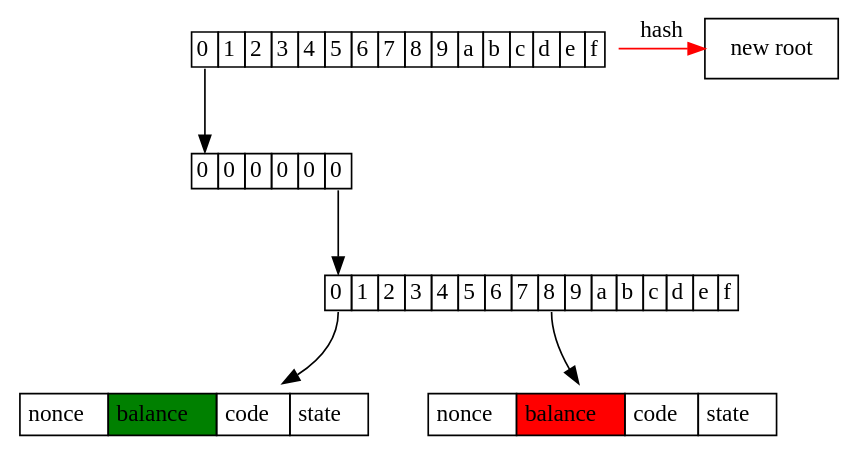
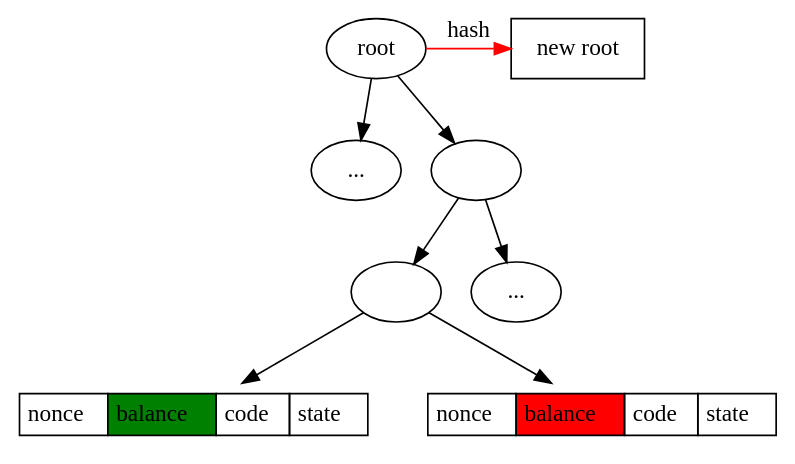
One commit to gballet/presentations changed the diagram in ethcc20/hashstage.dot. Above: the diagram before and after it, drawn with Graphviz. The commit also changed 6 other files, not shown here.

```diff
--- a/ethcc20/hashstage.dot
+++ b/ethcc20/hashstage.dot
@@ -1,24 +1,28 @@
 digraph D {
 { rank=same; 
-sbranch [shape=none,label=<<table border="0" cellborder="1" cellspacing="0"><tr><td port="0">0</td><td port="1">1</td><td port="2">2</td><td port="3">3</td><td port="4">4</td><td port="5">5</td><td port="6">6</td><td port="7">7</td><td port="8">8</td><td port="9">9</td><td port="10">a</td><td port="11">b</td><td port="12">c</td><td port="13">d</td><td port="14">e</td><td port="15">f</td></tr></table>>]
+root
 nroot 
 }
-    	sbranch0000000 [shape=none,label=<<table border="0" cellborder="1" cellspacing="0"><tr><td port="0">0</td><td port="1">1</td><td port="2">2</td><td port="3">3</td><td port="4">4</td><td port="5">5</td><td port="6">6</td><td port="7">7</td><td port="8">8</td><td port="9">9</td><td port="10">a</td><td port="11">b</td><td port="12">c</td><td port="13">d</td><td port="14">e</td><td port="15">f</td></tr></table>>]
+    l [label="..."]
+    r [label=""]
+    rl [label=""]
+    rr [label="..."]
         {
         rank=same;
 	    sleaf00000000 [shape=none,margin=0,label=<<table border="0" cellborder="1" cellspacing="0" cellpadding="4"><tr><td port="0">nonce</td><td port="balanceto" bgcolor="green">balance</td><td>code</td><td>state</td></tr></table>>]
 	    sleaf00000008 [shape=none,margin=0,label=<<table border="0" cellborder="1" cellspacing="0" cellpadding="4"><tr><td port="0">nonce</td><td port="balancefrom" bgcolor="red">balance</td><td>code</td><td>state</td></tr></table>>]
         }
-	    sextension0 [shape=none,label=<<table border="0" cellspacing="0" cellborder="1"><tr><td port="0">0</td><td port="1">0</td><td port="2">0</td><td port="3">0</td><td port="4">0</td><td port="5">0</td></tr></table>>]
 
-        sbranch:0 -> sextension0:0
-        sextension0:5 -> sbranch0000000:0
-        sbranch0000000:0 -> sleaf00000000
-        sbranch0000000:8 -> sleaf00000008
+        root -> l
+        root -> r
+        r -> rl
+        r -> rr
+        rl -> sleaf00000000
+        rl -> sleaf00000008
        
         sleaf00000000 -> sleaf00000008 [style=invis]
     
         nroot [label="new root",shape=rect]
     
-    sbranch -> nroot [color="red",label="hash"]
+    root -> nroot [color="red",label="hash"]
     }
```
